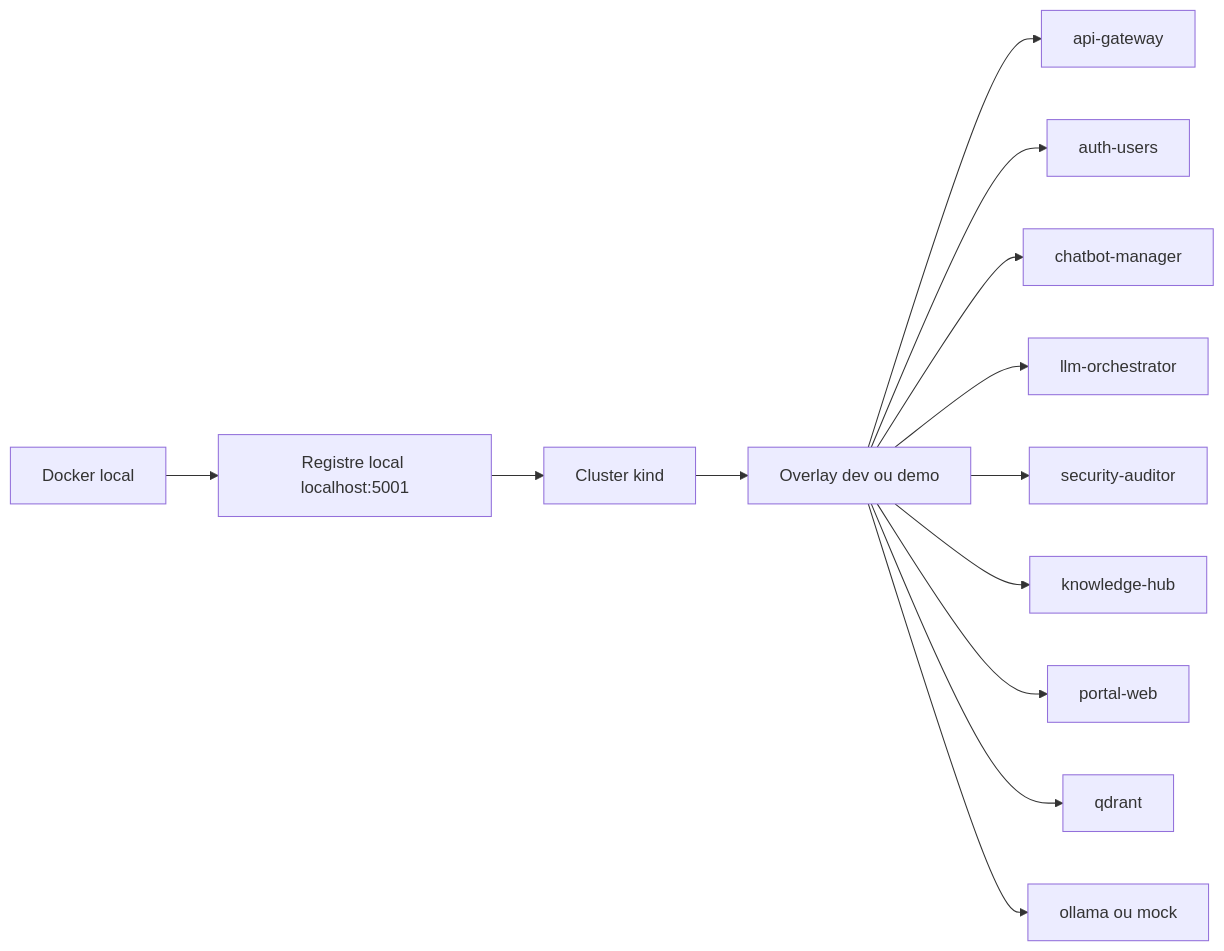
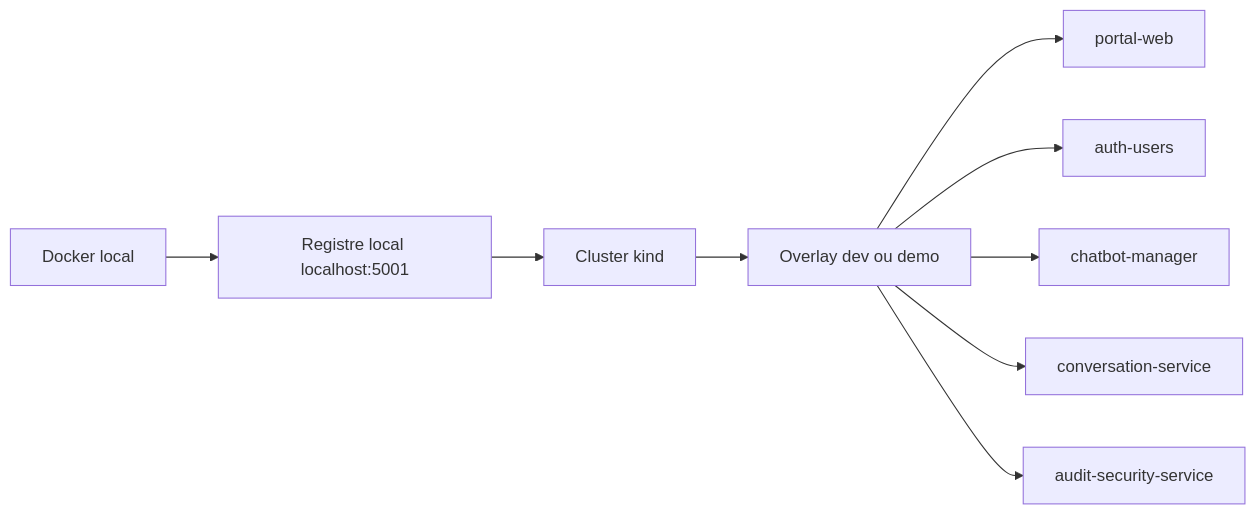
Before and after one commit to YassinoMed/MasterPFE: the fifth of 12 diagrams in docs/architecture/devsecops-mermaid.md, drawn with Mermaid. The commit also changed other lines of this file and 144 other files, not shown here.

````diff
--- a/docs/architecture/devsecops-mermaid.md
+++ b/docs/architecture/devsecops-mermaid.md
@@ -78,15 +78,11 @@
 ```mermaid
 flowchart LR
   A["Docker local"] --> B["Registre local localhost:5001"]
   B --> C["Cluster kind"]
   C --> D["Overlay dev ou demo"]
-  D --> E["api-gateway"]
+  D --> E["portal-web"]
   D --> F["auth-users"]
   D --> G["chatbot-manager"]
-  D --> H["llm-orchestrator"]
-  D --> I["security-auditor"]
-  D --> J["knowledge-hub"]
-  D --> K["portal-web"]
-  D --> L["qdrant"]
-  D --> M["ollama ou mock"]
+  D --> H["conversation-service"]
+  D --> I["audit-security-service"]
 ```
````
